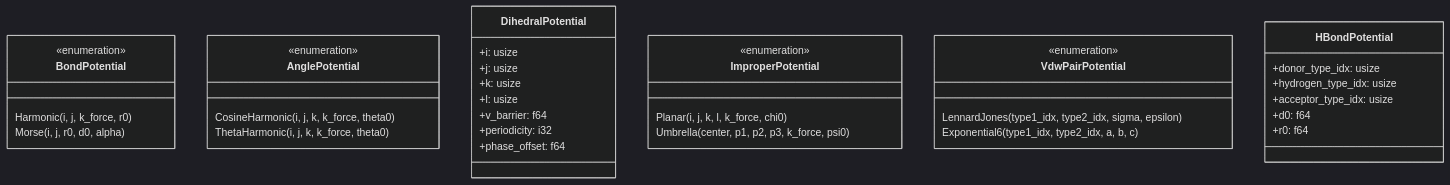
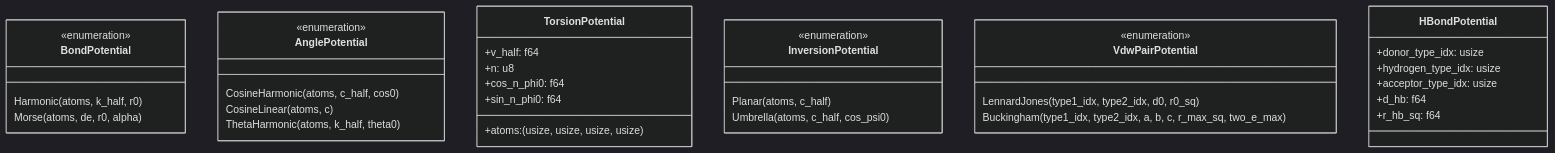
One commit to caltechmsc/dreid-forge changed diagram 15 of 18 in ARCHITECTURE.md. Above: the diagram before and after it, drawn with Mermaid (dark theme). The commit also changed other lines of this file, not shown here.

Commit message:
docs(architecture): Updates architecture docs to integrate dreid-kernel and rename terms

````diff
--- a/ARCHITECTURE.md
+++ b/ARCHITECTURE.md
@@ -761,44 +761,43 @@
 ```mermaid
 classDiagram
     class BondPotential {
         <<enumeration>>
-        Harmonic(i, j, k_force, r0)
-        Morse(i, j, r0, d0, alpha)
+        Harmonic(atoms, k_half, r0)
+        Morse(atoms, de, r0, alpha)
     }
 
     class AnglePotential {
         <<enumeration>>
-        CosineHarmonic(i, j, k, k_force, theta0)
-        ThetaHarmonic(i, j, k, k_force, theta0)
+        CosineHarmonic(atoms, c_half, cos0)
+        CosineLinear(atoms, c)
+        ThetaHarmonic(atoms, k_half, theta0)
     }
 
-    class DihedralPotential {
-        +i: usize
-        +j: usize
-        +k: usize
-        +l: usize
-        +v_barrier: f64
-        +periodicity: i32
-        +phase_offset: f64
+    class TorsionPotential {
+        +atoms: (usize, usize, usize, usize)
+        +v_half: f64
+        +n: u8
+        +cos_n_phi0: f64
+        +sin_n_phi0: f64
     }
 
-    class ImproperPotential {
+    class InversionPotential {
         <<enumeration>>
-        Planar(i, j, k, l, k_force, chi0)
-        Umbrella(center, p1, p2, p3, k_force, psi0)
+        Planar(atoms, c_half)
+        Umbrella(atoms, c_half, cos_psi0)
     }
 
     class VdwPairPotential {
         <<enumeration>>
-        LennardJones(type1_idx, type2_idx, sigma, epsilon)
-        Exponential6(type1_idx, type2_idx, a, b, c)
+        LennardJones(type1_idx, type2_idx, d0, r0_sq)
+        Buckingham(type1_idx, type2_idx, a, b, c, r_max_sq, two_e_max)
     }
 
     class HBondPotential {
         +donor_type_idx: usize
         +hydrogen_type_idx: usize
         +acceptor_type_idx: usize
-        +d0: f64
-        +r0: f64
+        +d_hb: f64
+        +r_hb_sq: f64
     }
 ```
````
